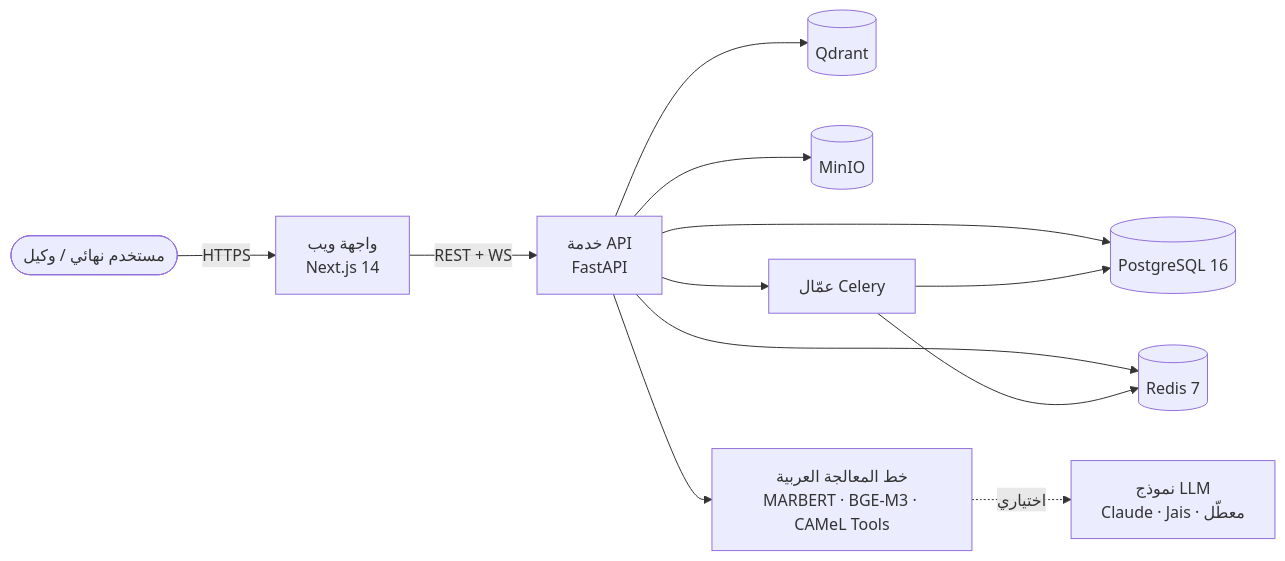
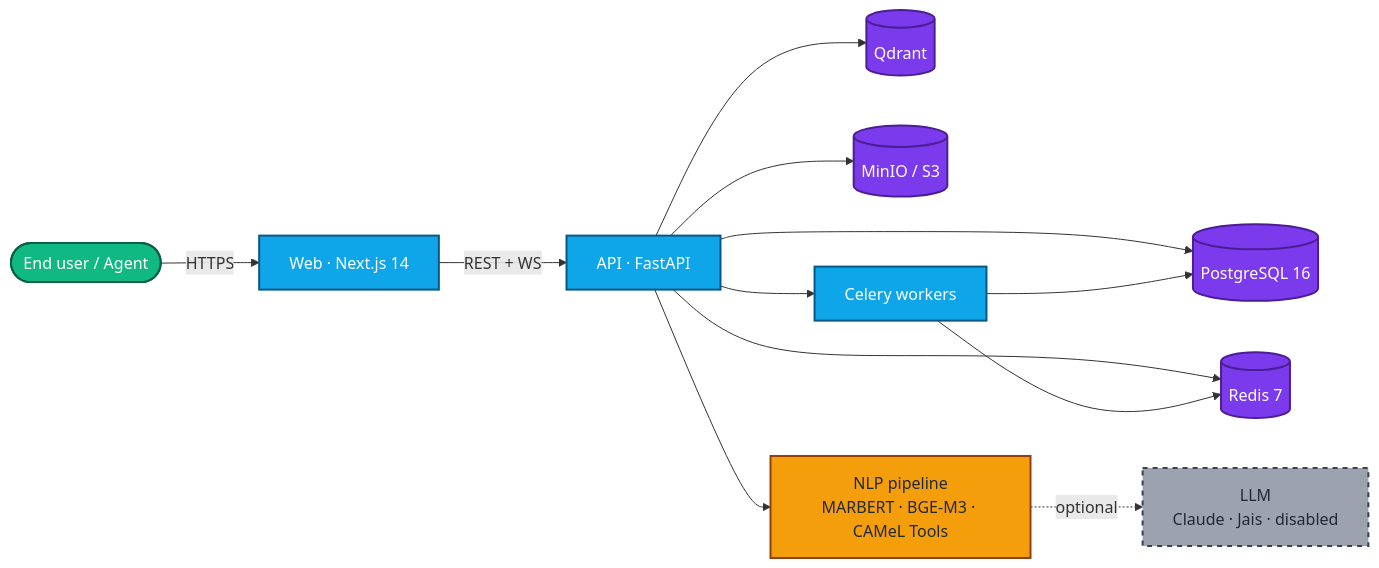
One commit to to7vx/Arabic-IT-Helpdesk-Bot changed the diagram in README.ar.md. Above: the diagram before and after it, drawn with Mermaid. The commit also changed other lines of this file and 1 other file, not shown here.

First line of the commit message:
docs: polish READMEs and fix architecture diagram contrast

````diff
--- a/README.ar.md
+++ b/README.ar.md
@@ -33,14 +57,20 @@
 ```mermaid
 flowchart LR
-  U([مستخدم نهائي / وكيل]) -->|HTTPS| W[واجهة ويب<br/>Next.js 14]
-  W -->|REST + WS| A[خدمة API<br/>FastAPI]
-  A --> P[(PostgreSQL 16)]
-  A --> R[(Redis 7)]
-  A --> Q[(Qdrant)]
-  A --> M[(MinIO)]
-  A --> N[خط المعالجة العربية<br/>MARBERT · BGE-M3 · CAMeL Tools]
-  N -.اختياري.-> L[نموذج LLM<br/>Claude · Jais · معطّل]
-  A --> WK[عمّال Celery]
+  classDef user fill:#10b981,stroke:#065f46,color:#ffffff,stroke-width:2px
+  classDef app fill:#0ea5e9,stroke:#075985,color:#ffffff,stroke-width:2px
+  classDef data fill:#7c3aed,stroke:#4c1d95,color:#ffffff,stroke-width:2px
+  classDef nlp fill:#f59e0b,stroke:#92400e,color:#1f2937,stroke-width:2px
+  classDef opt fill:#9ca3af,stroke:#374151,color:#1f2937,stroke-width:2px,stroke-dasharray:5 5
+
+  U([End user / Agent]):::user -->|HTTPS| W[Web · Next.js 14]:::app
+  W -->|REST + WS| A[API · FastAPI]:::app
+  A --> P[(PostgreSQL 16)]:::data
+  A --> R[(Redis 7)]:::data
+  A --> Q[(Qdrant)]:::data
+  A --> M[(MinIO / S3)]:::data
+  A --> N[NLP pipeline<br/>MARBERT · BGE-M3 · CAMeL Tools]:::nlp
+  N -.optional.-> L[LLM<br/>Claude · Jais · disabled]:::opt
+  A --> WK[Celery workers]:::app
   WK --> P
   WK --> R
 ```
````
